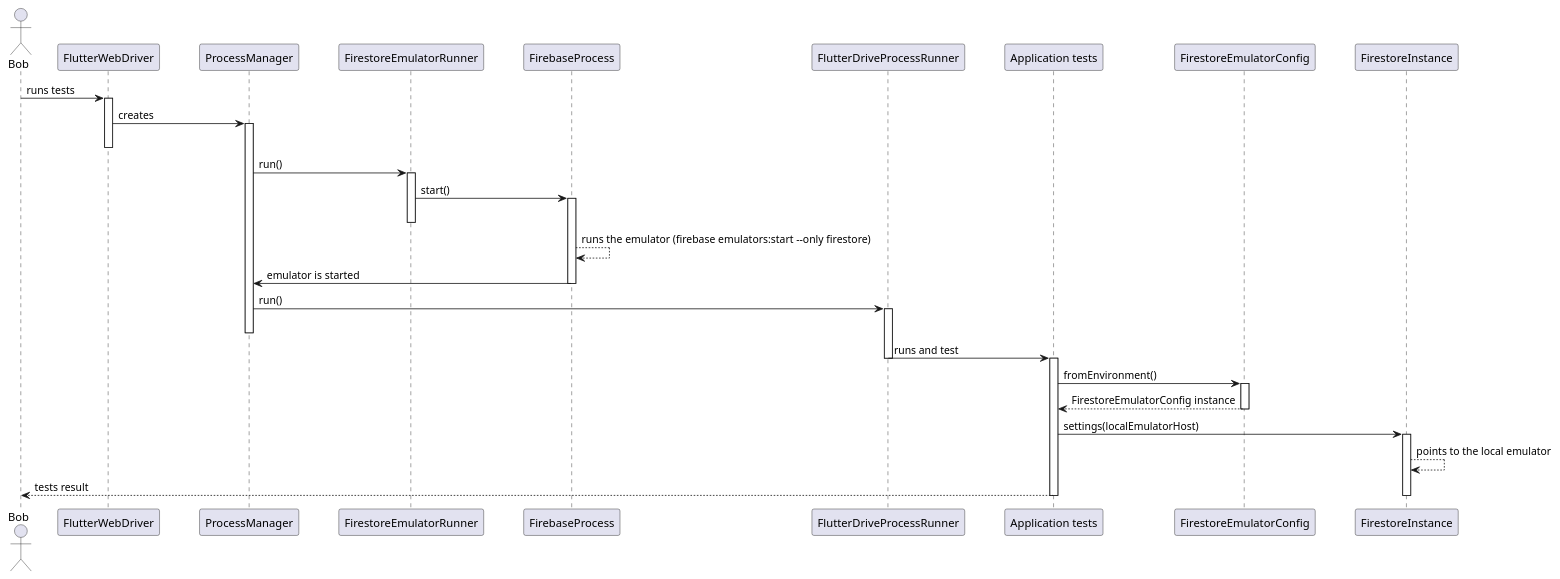
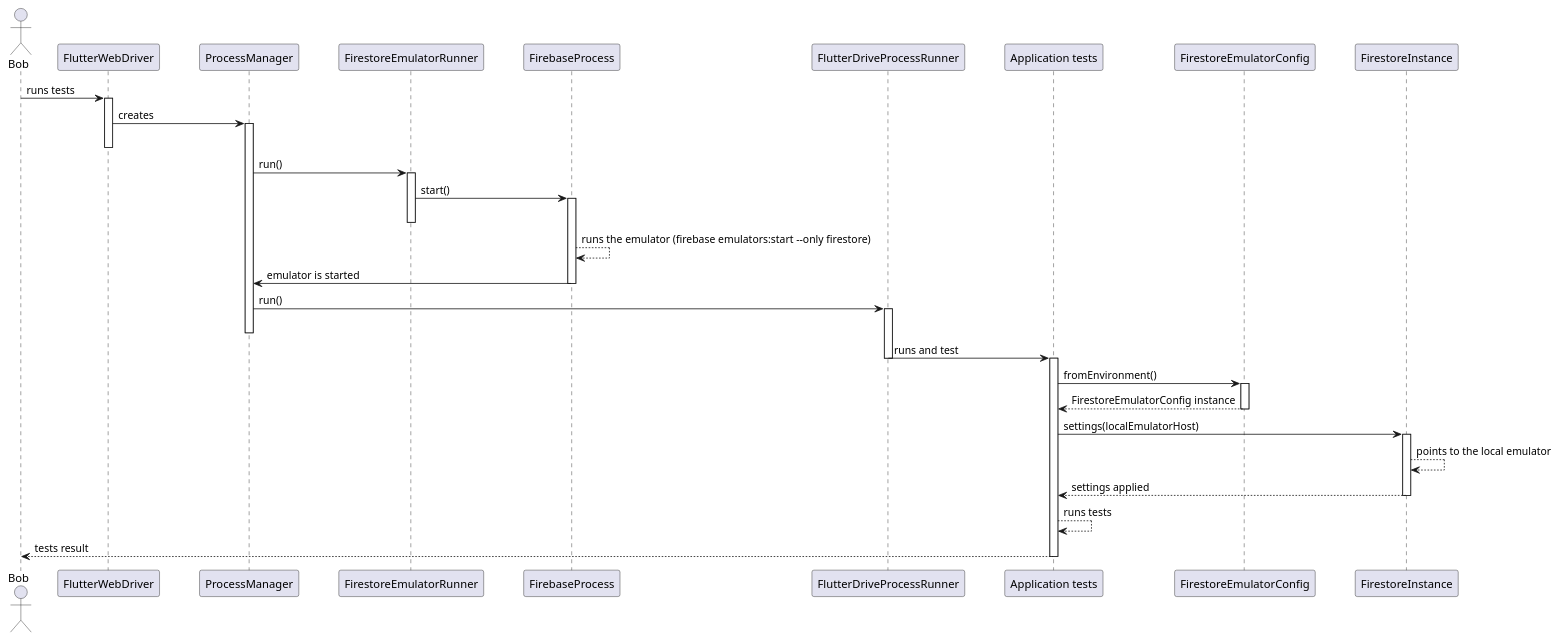
The diagram in metrics/web/docs/features/firestore_emulator_for_driver_tests/diagrams/firestore_emulator_sequence_diagram.puml (Flank/flank-dashboard), drawn with PlantUML before and after one commit.

Commit message:
Fix sequence diagram

```diff
--- a/metrics/web/docs/features/firestore_emulator_for_driver_tests/diagrams/firestore_emulator_sequence_diagram.puml
+++ b/metrics/web/docs/features/firestore_emulator_for_driver_tests/diagrams/firestore_emulator_sequence_diagram.puml
@@ -1,62 +1,64 @@
 @startuml firestore_emulator_sequence_diagram
 
 skinparam ParticipantPadding 20
 skinparam BoxPadding 10
 
 actor Bob
 
 participant FlutterWebDriver
 participant ProcessManager
 participant FirestoreEmulatorRunner
 participant FirebaseProcess
 participant FlutterDriveProcessRunner
 participant "Application tests"
 participant FirestoreEmulatorConfig
 participant FirestoreInstance
 
 Bob -> FlutterWebDriver : runs tests
 activate FlutterWebDriver
 
 FlutterWebDriver -> ProcessManager : creates
 activate ProcessManager
 deactivate FlutterWebDriver
 
 ProcessManager -> FirestoreEmulatorRunner : run()
 activate FirestoreEmulatorRunner
 
 
 FirestoreEmulatorRunner -> FirebaseProcess : start()
 activate FirebaseProcess
 deactivate FirestoreEmulatorRunner
 
 FirebaseProcess --> FirebaseProcess : runs the emulator (firebase emulators:start --only firestore)
 
 FirebaseProcess -> ProcessManager : emulator is started
 deactivate FirebaseProcess
 
 ProcessManager -> FlutterDriveProcessRunner : run()
 activate FlutterDriveProcessRunner
 deactivate ProcessManager
 
 deactivate FirebaseProcess
 
 FlutterDriveProcessRunner -> "Application tests" : runs and test
 deactivate FlutterDriveProcessRunner
 activate "Application tests"
 
 "Application tests" -> FirestoreEmulatorConfig : fromEnvironment()
 activate FirestoreEmulatorConfig
 
 FirestoreEmulatorConfig --> "Application tests" : FirestoreEmulatorConfig instance
 deactivate FirestoreEmulatorConfig
 
 "Application tests" -> FirestoreInstance : settings(localEmulatorHost)
 activate FirestoreInstance
 
 FirestoreInstance --> FirestoreInstance : points to the local emulator
+FirestoreInstance --> "Application tests" : settings applied
+deactivate FirestoreInstance
 
+"Application tests" --> "Application tests" : runs tests
 "Application tests" --> Bob : tests result
-deactivate FirestoreInstance
 deactivate "Application tests"
 
 @enduml
```
